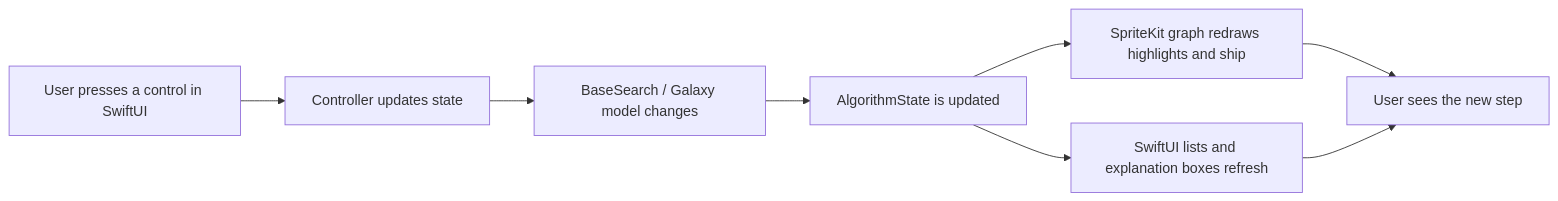
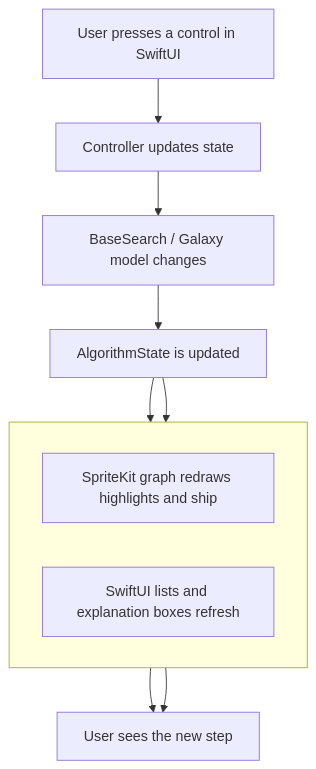
Before and after one commit to NoahMSchool/SwiftPlanets: the second of 9 diagrams in WriteUp/WRITEUP.md, drawn with Mermaid. The commit also changed other lines of this file and 2 other files, not shown here.

Commit message:
formatting mermaid and images

````diff
--- a/WriteUp/WRITEUP.md
+++ b/WriteUp/WRITEUP.md
@@ -680,10 +697,23 @@
 ```mermaid
-flowchart LR
-    A["User presses a control in SwiftUI"] --> B["Controller updates state"]
-    B --> C["BaseSearch / Galaxy model changes"]
-    C --> D["AlgorithmState is updated"]
-    D --> E["SpriteKit graph redraws highlights and ship"]
-    D --> F["SwiftUI lists and explanation boxes refresh"]
-    E --> G["User sees the new step"]
+flowchart TD
+    A["User presses a control in SwiftUI"]
+    B["Controller updates state"]
+    C["BaseSearch / Galaxy model changes"]
+    D["AlgorithmState is updated"]
+
+    subgraph Outputs[" "]
+        direction LR
+        E["SpriteKit graph redraws highlights and ship"]
+        F["SwiftUI lists and explanation boxes refresh"]
+    end
+
+    G["User sees the new step"]
+
+    A --> B
+    B --> C
+    C --> D
+    D --> E
+    D --> F
+    E --> G
     F --> G
 ```
````
